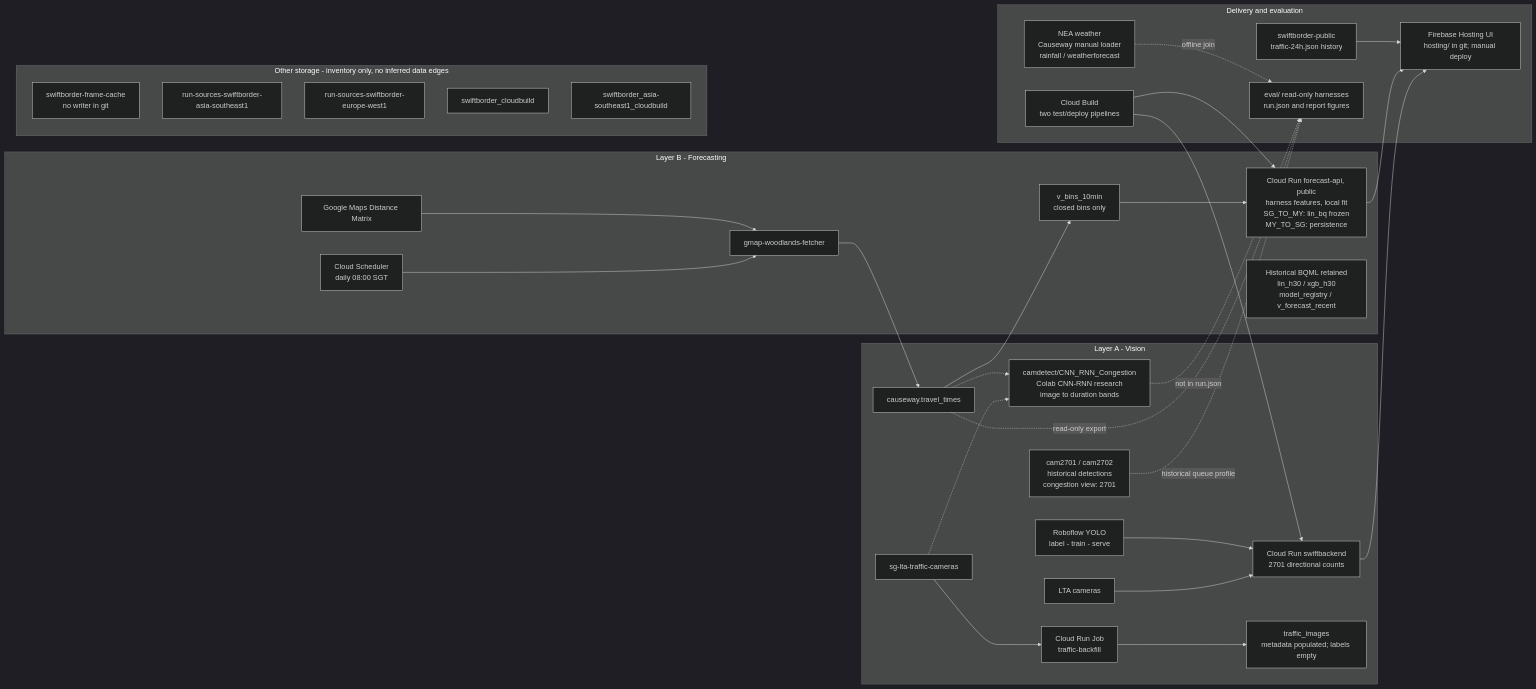
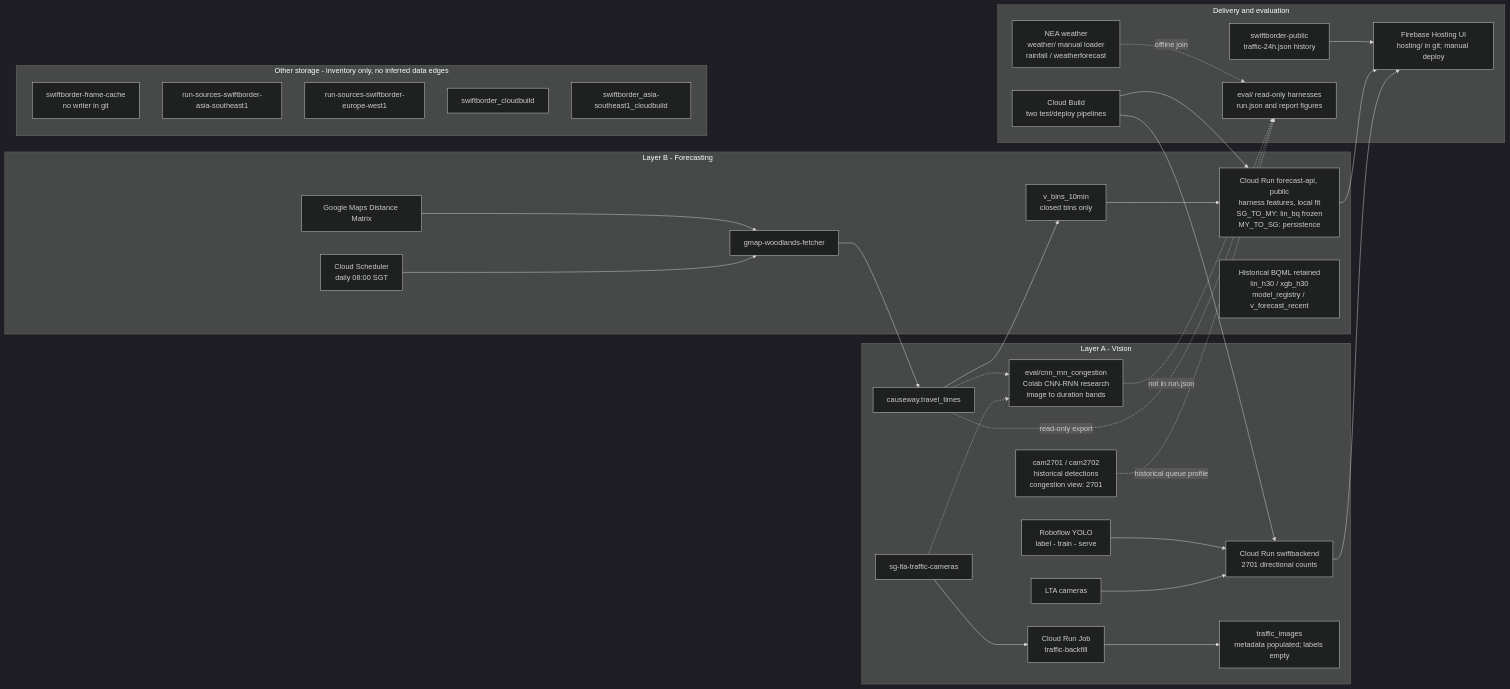
One commit to sozuken-max/swiftborder changed the second of 2 diagrams in docs/architecture.md. Above: the diagram before and after it, drawn with Mermaid (dark theme). The commit also changed other lines of this file and 175 other files, not shown here.

````diff
--- a/docs/architecture.md
+++ b/docs/architecture.md
@@ -82,41 +82,41 @@
 ```mermaid
 flowchart LR
   subgraph LA["Layer A - Vision"]
     LTA["LTA cameras"] --> SB["Cloud Run swiftbackend<br/>2701 directional counts"]
     RF["Roboflow YOLO<br/>label - train - serve"] --> SB
     CAM["sg-lta-traffic-cameras"] --> JOB["Cloud Run Job<br/>traffic-backfill"]
     JOB --> META["traffic_images<br/>metadata populated; labels empty"]
     HIST["cam2701 / cam2702<br/>historical detections<br/>congestion view: 2701"]
-    CNNRNN["camdetect/CNN_RNN_Congestion<br/>Colab CNN-RNN research<br/>image to duration bands"]
+    CNNRNN["eval/cnn_rnn_congestion<br/>Colab CNN-RNN research<br/>image to duration bands"]
     CAM -.-> CNNRNN
     TT -.-> CNNRNN
   end
   subgraph LB["Layer B - Forecasting"]
     SCH["Cloud Scheduler<br/>daily 08:00 SGT"] --> ING["gmap-woodlands-fetcher"]
     MAPS["Google Maps Distance Matrix"] --> ING
     ING --> TT["causeway.travel_times"]
     TT --> FEATURES["v_bins_10min<br/>closed bins only"]
     FEATURES --> API["Cloud Run forecast-api, public<br/>harness features, local fit<br/>SG_TO_MY: lin_bq frozen<br/>MY_TO_SG: persistence"]
     LEGACY["Historical BQML retained<br/>lin_h30 / xgb_h30<br/>model_registry / v_forecast_recent"]
   end
   subgraph DELIVERY["Delivery and evaluation"]
     BUILD["Cloud Build<br/>two test/deploy pipelines"] --> SB
     BUILD --> API
     UI["Firebase Hosting UI<br/>hosting/ in git; manual deploy"]
     SB --> UI
     API --> UI
     PUB["swiftborder-public<br/>traffic-24h.json history"] --> UI
     EVAL["eval/ read-only harnesses<br/>run.json and report figures"]
-    WX["NEA weather<br/>Causeway manual loader<br/>rainfall / weatherforecast"] -.->|"offline join"| EVAL
+    WX["NEA weather<br/>weather/ manual loader<br/>rainfall / weatherforecast"] -.->|"offline join"| EVAL
     HIST -.->|"historical queue profile"| EVAL
     TT -.->|"read-only export"| EVAL
     CNNRNN -.->|"not in run.json"| EVAL
   end
   subgraph STORAGE["Other storage - inventory only, no inferred data edges"]
     CACHE["swiftborder-frame-cache<br/>no writer in git"]
     RS1["run-sources-swiftborder-asia-southeast1"]
     RS2["run-sources-swiftborder-europe-west1"]
     CB["swiftborder_cloudbuild"]
     CBA["swiftborder_asia-southeast1_cloudbuild"]
   end
 ```
````
